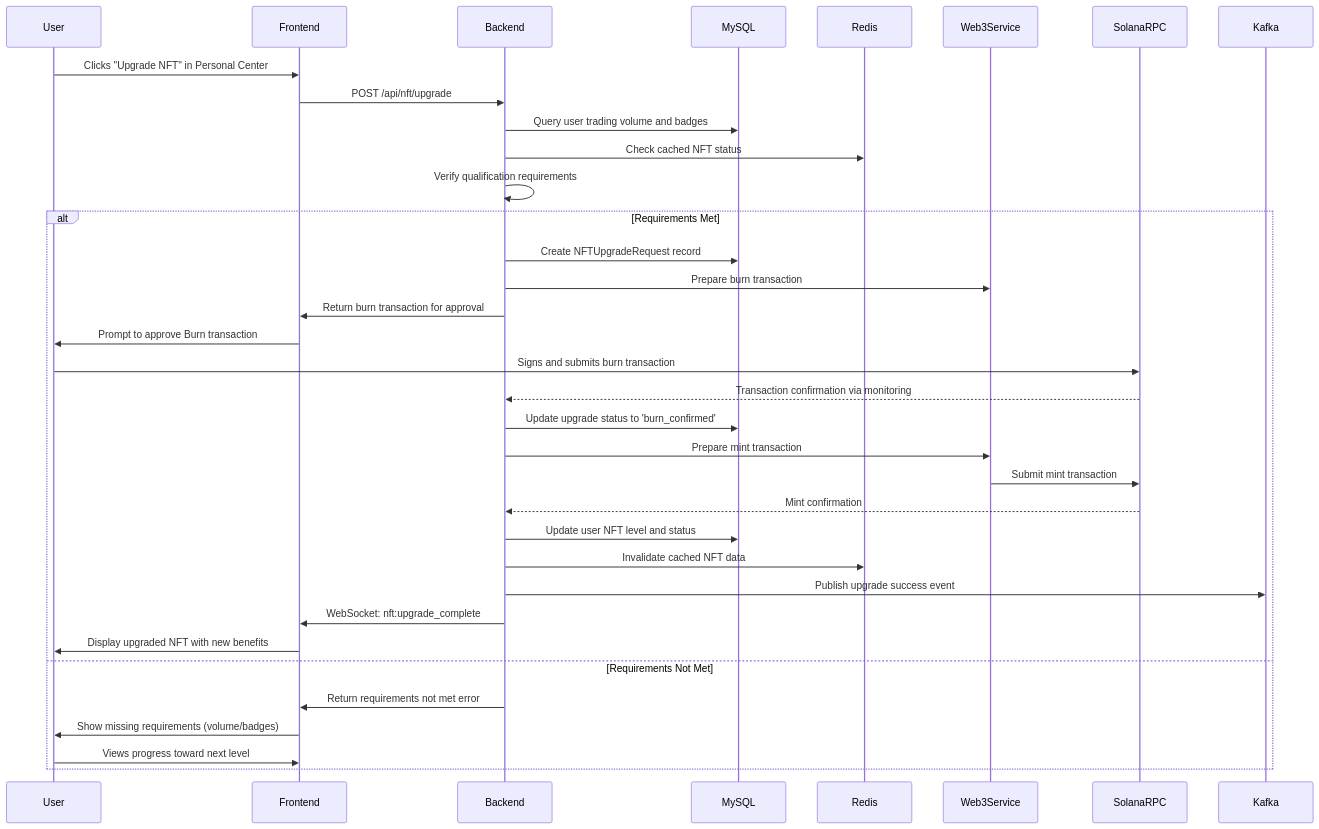
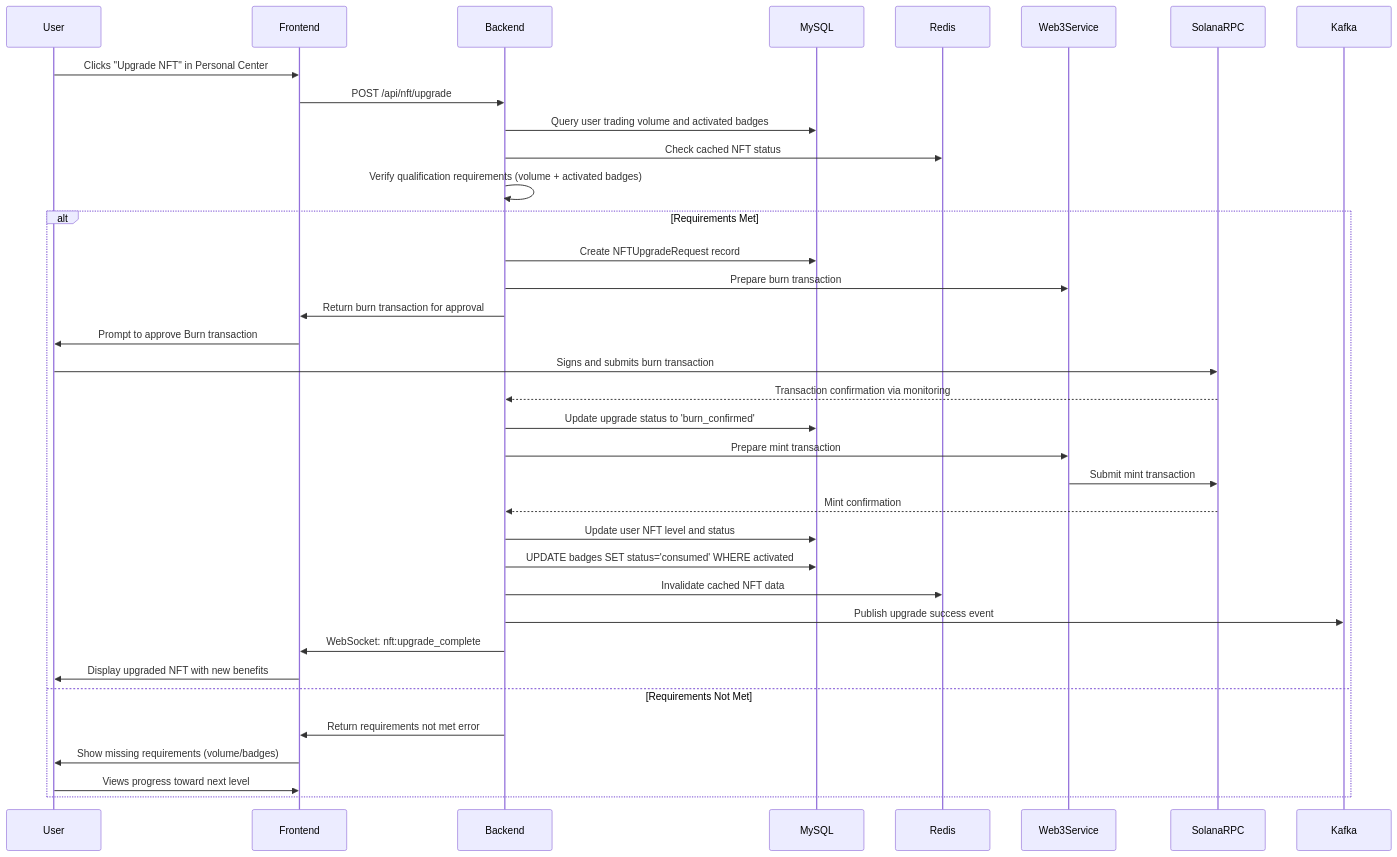
The third of 6 diagrams in docs/technical/implementation/Process-Flow-Reference.md (ljg-cqu/aiw3-nft-solana), drawn with Mermaid before and after one commit. The commit also changed other lines of this file and 3 other files, not shown here.

````diff
--- a/docs/technical/implementation/Process-Flow-Reference.md
+++ b/docs/technical/implementation/Process-Flow-Reference.md
@@ -99,39 +136,40 @@
 ```mermaid
 sequenceDiagram
     participant User
     participant Frontend
     participant Backend
     participant MySQL
     participant Redis
     participant Web3Service
     participant SolanaRPC
     participant Kafka
 
     User->>Frontend: Clicks "Upgrade NFT" in Personal Center
     Frontend->>Backend: POST /api/nft/upgrade
-    Backend->>MySQL: Query user trading volume and badges
+    Backend->>MySQL: Query user trading volume and activated badges
     Backend->>Redis: Check cached NFT status
-    Backend->>Backend: Verify qualification requirements
+    Backend->>Backend: Verify qualification requirements (volume + activated badges)
     
     alt Requirements Met
         Backend->>MySQL: Create NFTUpgradeRequest record
         Backend->>Web3Service: Prepare burn transaction
         Backend->>Frontend: Return burn transaction for approval
         Frontend->>User: Prompt to approve Burn transaction
         User->>SolanaRPC: Signs and submits burn transaction
         SolanaRPC-->>Backend: Transaction confirmation via monitoring
         Backend->>MySQL: Update upgrade status to 'burn_confirmed'
         Backend->>Web3Service: Prepare mint transaction
         Web3Service->>SolanaRPC: Submit mint transaction
         SolanaRPC-->>Backend: Mint confirmation
         Backend->>MySQL: Update user NFT level and status
+        Backend->>MySQL: UPDATE badges SET status='consumed' WHERE activated
         Backend->>Redis: Invalidate cached NFT data
         Backend->>Kafka: Publish upgrade success event
         Backend->>Frontend: WebSocket: nft:upgrade_complete
         Frontend->>User: Display upgraded NFT with new benefits
     else Requirements Not Met
         Backend->>Frontend: Return requirements not met error
         Frontend->>User: Show missing requirements (volume/badges)
         User->>Frontend: Views progress toward next level
     end
 ```
````
